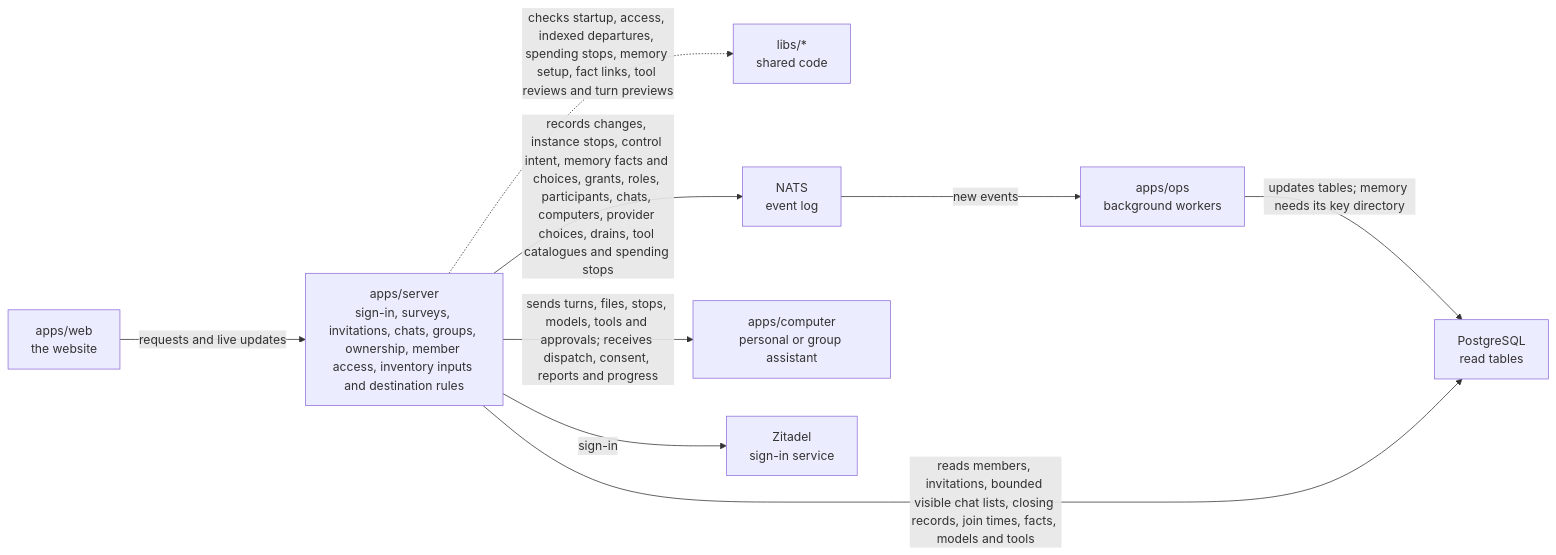
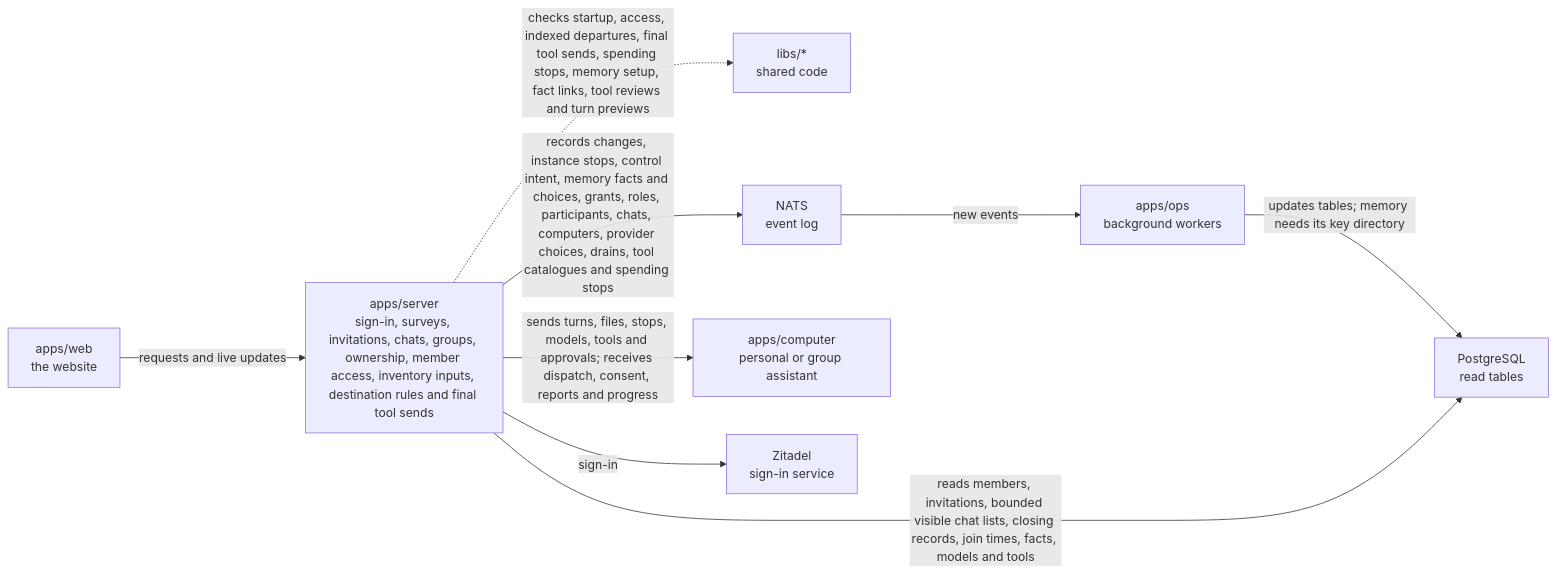
One commit to elewa-git/opencrane-new changed the diagram in apps/server/README.md. Above: the diagram before and after it, drawn with Mermaid. The commit also changed other lines of this file and 15 other files, not shown here.

````diff
--- a/apps/server/README.md
+++ b/apps/server/README.md
@@ -11,11 +11,11 @@
 ```mermaid
 flowchart LR
-  web["apps/web<br/>the website"] -->|requests and live updates| server["apps/server<br/>sign-in, surveys, invitations, chats, groups, ownership, member access, inventory inputs and destination rules"]
-  server -.->|checks startup, access, indexed departures, spending stops, memory setup, fact links, tool reviews and turn previews| libs["libs/*<br/>shared code"]
+  web["apps/web<br/>the website"] -->|requests and live updates| server["apps/server<br/>sign-in, surveys, invitations, chats, groups, ownership, member access, inventory inputs, destination rules and final tool sends"]
+  server -.->|checks startup, access, indexed departures, final tool sends, spending stops, memory setup, fact links, tool reviews and turn previews| libs["libs/*<br/>shared code"]
   server -->|records changes, instance stops, control intent, memory facts and choices, grants, roles, participants, chats, computers, provider choices, drains, tool catalogues and spending stops| nats["NATS<br/>event log"]
   nats -->|new events| ops["apps/ops<br/>background workers"]
   ops -->|updates tables; memory needs its key directory| postgres["PostgreSQL<br/>read tables"]
   server -->|reads members, invitations, bounded visible chat lists, closing records, join times, facts, models and tools| postgres
   server -->|sends turns, files, stops, models, tools and approvals; receives dispatch, consent, reports and progress| computer["apps/computer<br/>personal or group assistant"]
   server -->|sign-in| zitadel["Zitadel<br/>sign-in service"]
 ```
````
